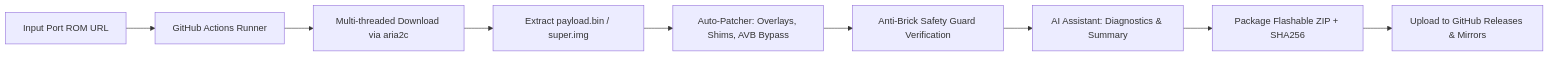
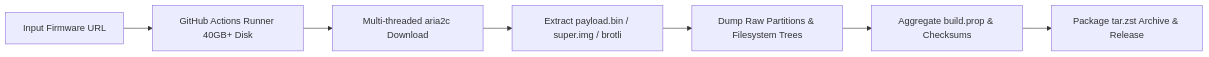
Before and after one commit to frnAlt/Xiaomi_blossom_stuff: the diagram in README.md, drawn with Mermaid. The commit also changed other lines of this file and 2 other files, not shown here.

Commit message:
ci: Add heavy-duty firmware dumper workflow and rom_dumper backend tool

````diff
--- a/README.md
+++ b/README.md
@@ -44,11 +48,9 @@
 ```mermaid
 graph LR
-    A[Input Port ROM URL] --> B[GitHub Actions Runner]
-    B --> C[Multi-threaded Download via aria2c]
-    C --> D[Extract payload.bin / super.img]
-    D --> E[Auto-Patcher: Overlays, Shims, AVB Bypass]
-    E --> F[Anti-Brick Safety Guard Verification]
-    F --> G[AI Assistant: Diagnostics & Summary]
-    G --> H[Package Flashable ZIP + SHA256]
-    H --> I[Upload to GitHub Releases & Mirrors]
+    A[Input Firmware URL] --> B[GitHub Actions Runner 40GB+ Disk]
+    B --> C[Multi-threaded aria2c Download]
+    C --> D[Extract payload.bin / super.img / brotli]
+    D --> E[Dump Raw Partitions & Filesystem Trees]
+    E --> F[Aggregate build.prop & Checksums]
+    F --> G[Package tar.zst Archive & Release]
 ```
````
